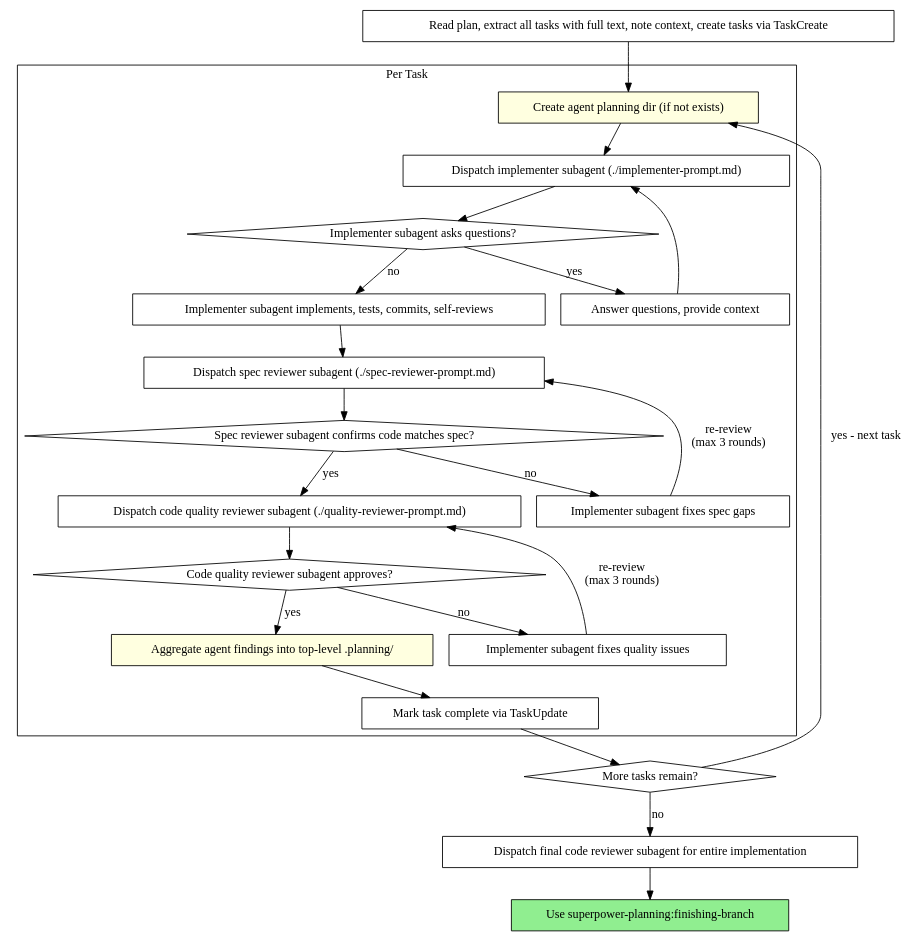
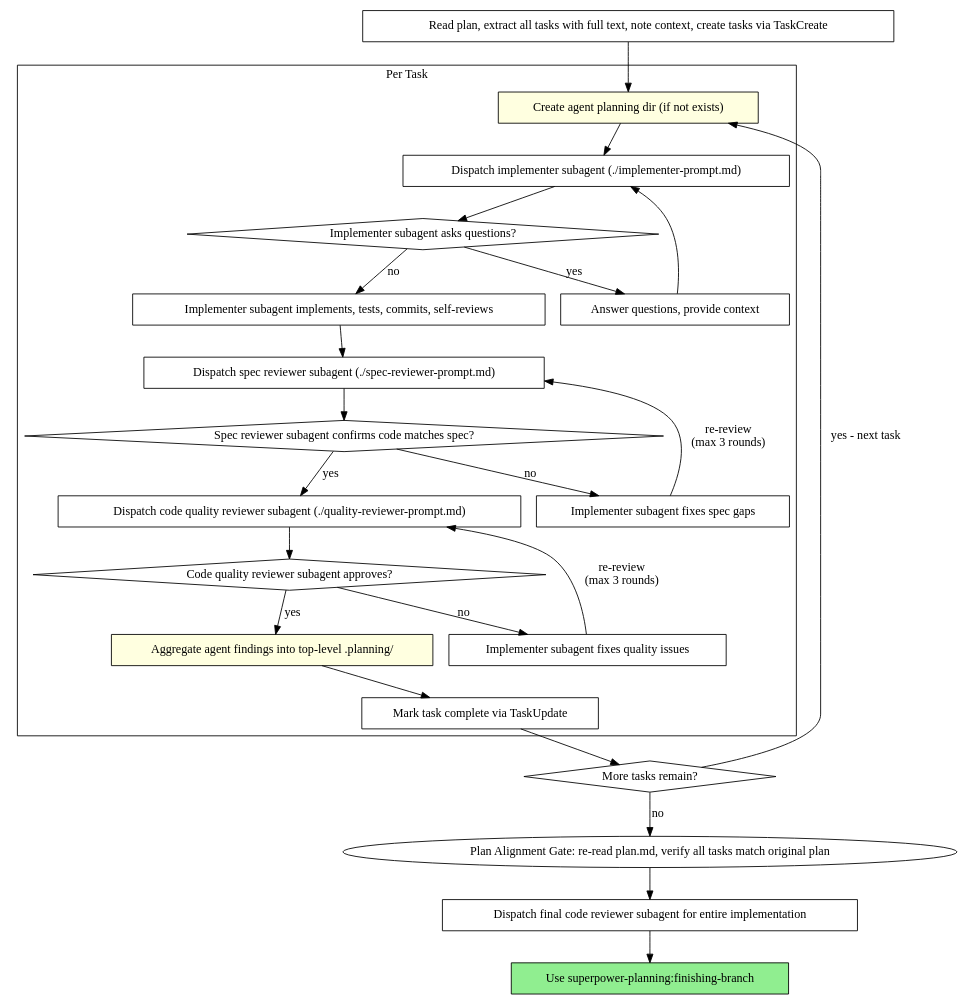
The second of 2 diagrams in skills/subagent-driven/SKILL.md (SipengXie2024/superpower-planning), drawn with Graphviz before and after one commit. The commit also changed other lines of this file and 15 other files, not shown here.

First line of the commit message:
feat: add plan alignment mechanism to prevent execution drift

````diff
--- a/skills/subagent-driven/SKILL.md
+++ b/skills/subagent-driven/SKILL.md
@@ -73,48 +84,49 @@
 ```dot
 digraph process {
     rankdir=TB;
 
     subgraph cluster_per_task {
         label="Per Task";
         "Create agent planning dir (if not exists)" [shape=box style=filled fillcolor=lightyellow];
         "Dispatch implementer subagent (./implementer-prompt.md)" [shape=box];
         "Implementer subagent asks questions?" [shape=diamond];
         "Answer questions, provide context" [shape=box];
         "Implementer subagent implements, tests, commits, self-reviews" [shape=box];
         "Dispatch spec reviewer subagent (./spec-reviewer-prompt.md)" [shape=box];
         "Spec reviewer subagent confirms code matches spec?" [shape=diamond];
         "Implementer subagent fixes spec gaps" [shape=box];
         "Dispatch code quality reviewer subagent (./quality-reviewer-prompt.md)" [shape=box];
         "Code quality reviewer subagent approves?" [shape=diamond];
         "Implementer subagent fixes quality issues" [shape=box];
         "Aggregate agent findings into top-level .planning/" [shape=box style=filled fillcolor=lightyellow];
         "Mark task complete via TaskUpdate" [shape=box];
     }
 
     "Read plan, extract all tasks with full text, note context, create tasks via TaskCreate" [shape=box];
     "More tasks remain?" [shape=diamond];
     "Dispatch final code reviewer subagent for entire implementation" [shape=box];
     "Use superpower-planning:finishing-branch" [shape=box style=filled fillcolor=lightgreen];
 
     "Read plan, extract all tasks with full text, note context, create tasks via TaskCreate" -> "Create agent planning dir (if not exists)";
     "Create agent planning dir (if not exists)" -> "Dispatch implementer subagent (./implementer-prompt.md)";
     "Dispatch implementer subagent (./implementer-prompt.md)" -> "Implementer subagent asks questions?";
     "Implementer subagent asks questions?" -> "Answer questions, provide context" [label="yes"];
     "Answer questions, provide context" -> "Dispatch implementer subagent (./implementer-prompt.md)";
     "Implementer subagent asks questions?" -> "Implementer subagent implements, tests, commits, self-reviews" [label="no"];
     "Implementer subagent implements, tests, commits, self-reviews" -> "Dispatch spec reviewer subagent (./spec-reviewer-prompt.md)";
     "Dispatch spec reviewer subagent (./spec-reviewer-prompt.md)" -> "Spec reviewer subagent confirms code matches spec?";
     "Spec reviewer subagent confirms code matches spec?" -> "Implementer subagent fixes spec gaps" [label="no"];
     "Implementer subagent fixes spec gaps" -> "Dispatch spec reviewer subagent (./spec-reviewer-prompt.md)" [label="re-review\n(max 3 rounds)"];
     "Spec reviewer subagent confirms code matches spec?" -> "Dispatch code quality reviewer subagent (./quality-reviewer-prompt.md)" [label="yes"];
     "Dispatch code quality reviewer subagent (./quality-reviewer-prompt.md)" -> "Code quality reviewer subagent approves?";
     "Code quality reviewer subagent approves?" -> "Implementer subagent fixes quality issues" [label="no"];
     "Implementer subagent fixes quality issues" -> "Dispatch code quality reviewer subagent (./quality-reviewer-prompt.md)" [label="re-review\n(max 3 rounds)"];
     "Code quality reviewer subagent approves?" -> "Aggregate agent findings into top-level .planning/" [label="yes"];
     "Aggregate agent findings into top-level .planning/" -> "Mark task complete via TaskUpdate";
     "Mark task complete via TaskUpdate" -> "More tasks remain?";
     "More tasks remain?" -> "Create agent planning dir (if not exists)" [label="yes - next task"];
-    "More tasks remain?" -> "Dispatch final code reviewer subagent for entire implementation" [label="no"];
+    "More tasks remain?" -> "Plan Alignment Gate: re-read plan.md, verify all tasks match original plan" [label="no"];
+    "Plan Alignment Gate: re-read plan.md, verify all tasks match original plan" -> "Dispatch final code reviewer subagent for entire implementation";
     "Dispatch final code reviewer subagent for entire implementation" -> "Use superpower-planning:finishing-branch";
 }
 ```
````
